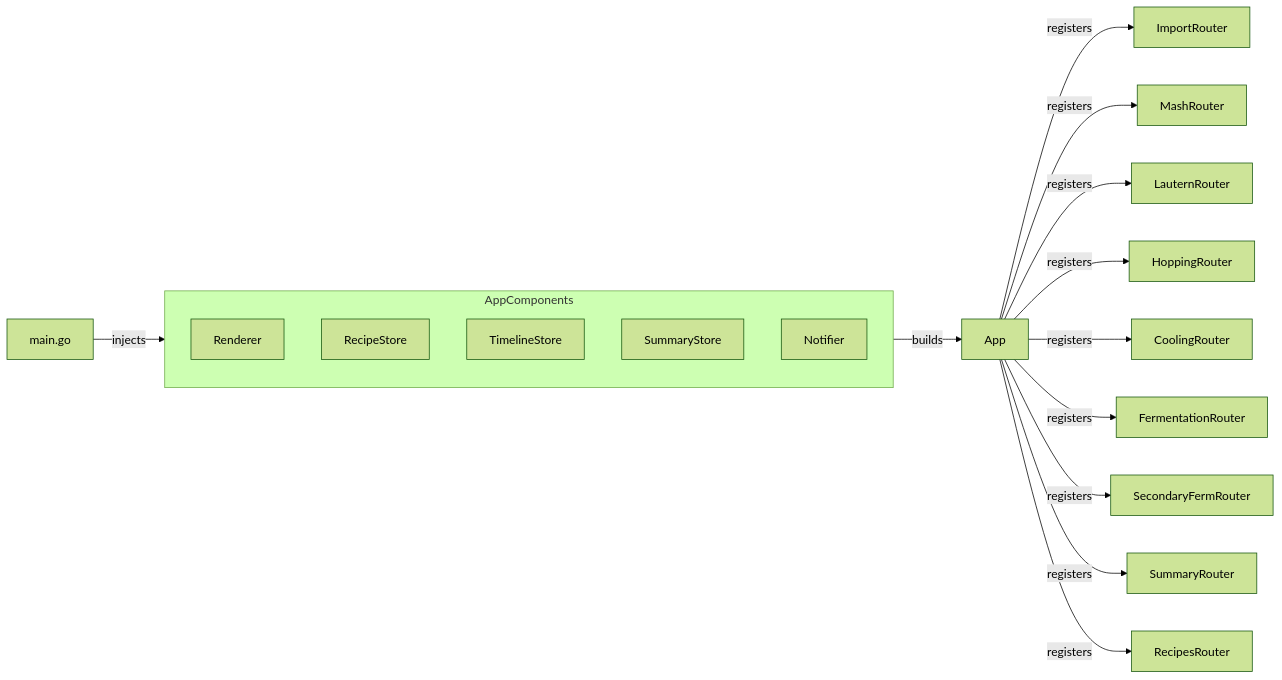
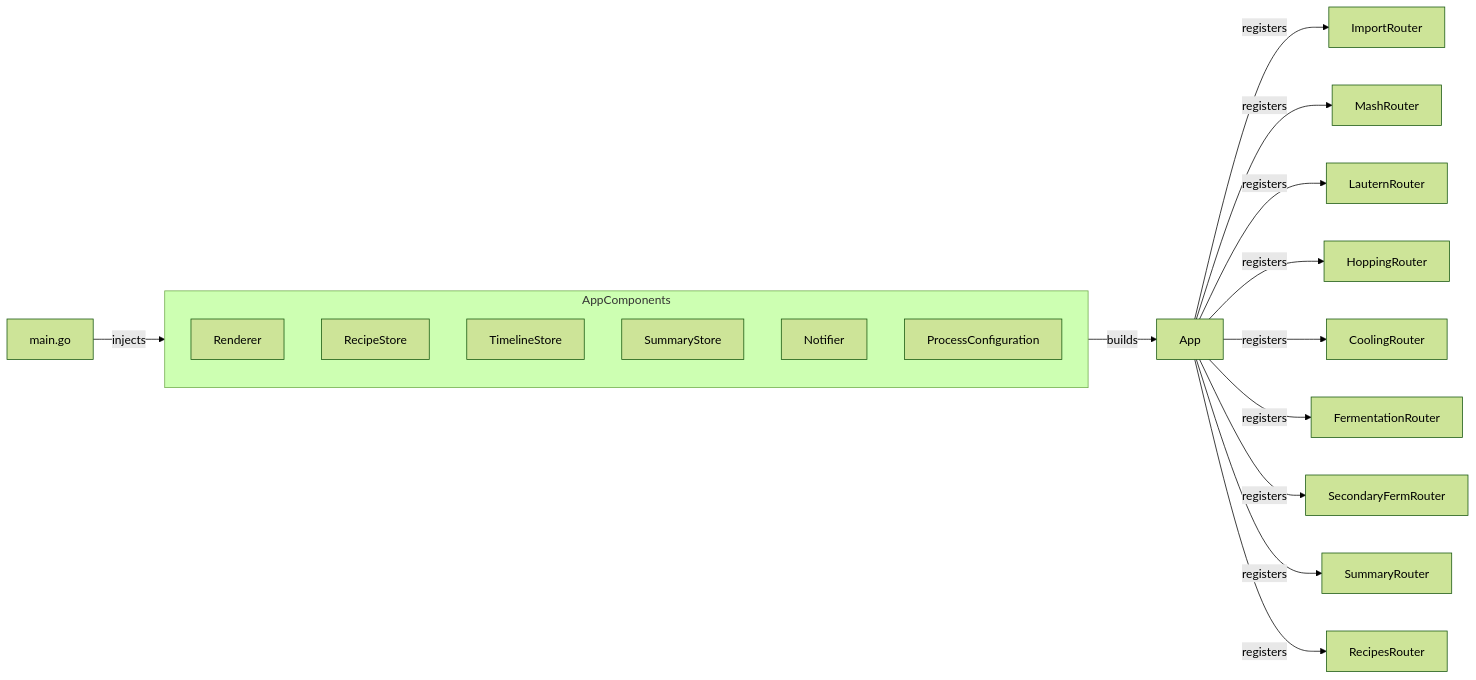
One commit to juan-castrillon/brewday changed the third of 8 diagrams in TECHNICAL_OVERVIEW.md. Above: the diagram before and after it, drawn with Mermaid (forest theme). The commit also changed other lines of this file and 14 other files, not shown here.

````diff
--- a/TECHNICAL_OVERVIEW.md
+++ b/TECHNICAL_OVERVIEW.md
@@ -222,23 +222,24 @@
 ```mermaid
 graph LR
     subgraph AppComponents
         Renderer
         RecipeStore
         TimelineStore
         SummaryStore
         Notifier
+        ProcessConfiguration
     end
 
     main.go -->|injects| AppComponents
     AppComponents -->|builds| App
 
     App -->|registers| ImportRouter
     App -->|registers| MashRouter
     App -->|registers| LauternRouter
     App -->|registers| HoppingRouter
     App -->|registers| CoolingRouter
     App -->|registers| FermentationRouter
     App -->|registers| SecondaryFermRouter
     App -->|registers| SummaryRouter
     App -->|registers| RecipesRouter
 ```
````
